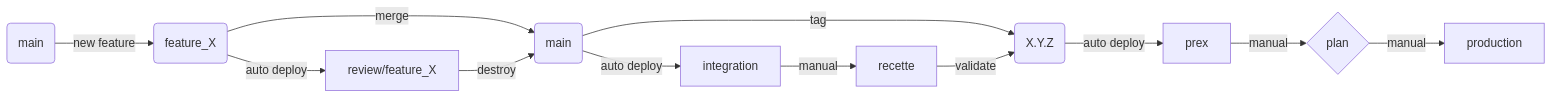
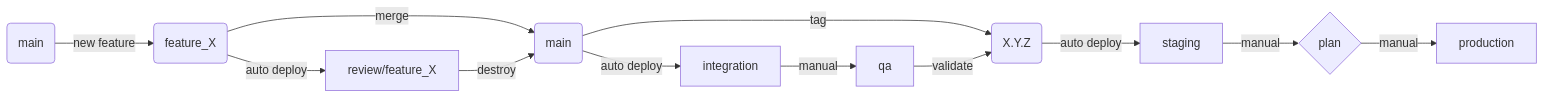
Before and after one commit to OlivierDupre/iac-tf: the diagram in README.md, drawn with Mermaid.

Commit message:
English names for the mermaid schema.

```````diff
--- a/README.md
+++ b/README.md
@@ -18,18 +11,18 @@
 ```mermaid
 flowchart LR
     A(main) -->|new feature| B(feature_X)
 
     B -->|auto deploy| C[review/feature_X]
     B -->|merge| D(main)
     C -->|destroy| D
 
     D -->|auto deploy| E[integration]
-    E -->|manual| F[recette]
+    E -->|manual| F[qa]
 
     D -->|tag| G(X.Y.Z)
     F -->|validate| G
 
-    G -->|auto deploy| H[prex]
+    G -->|auto deploy| H[staging]
     H -->|manual| I{plan}
     I -->|manual| J[production]
 ``````
```````
